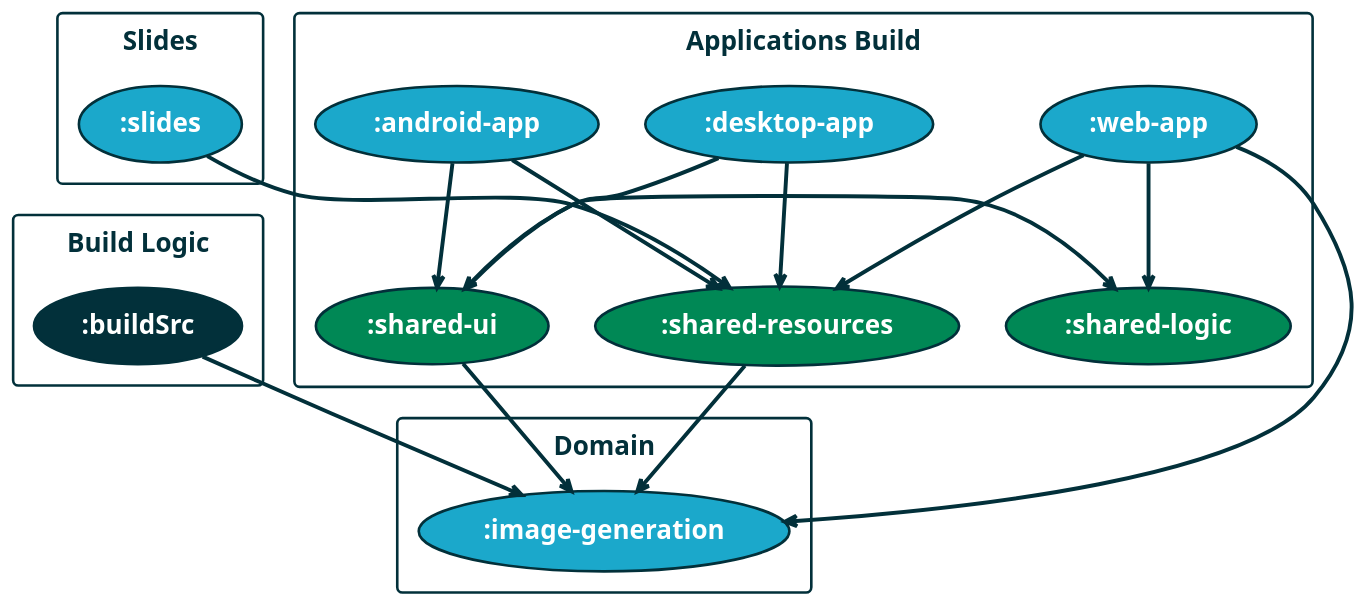
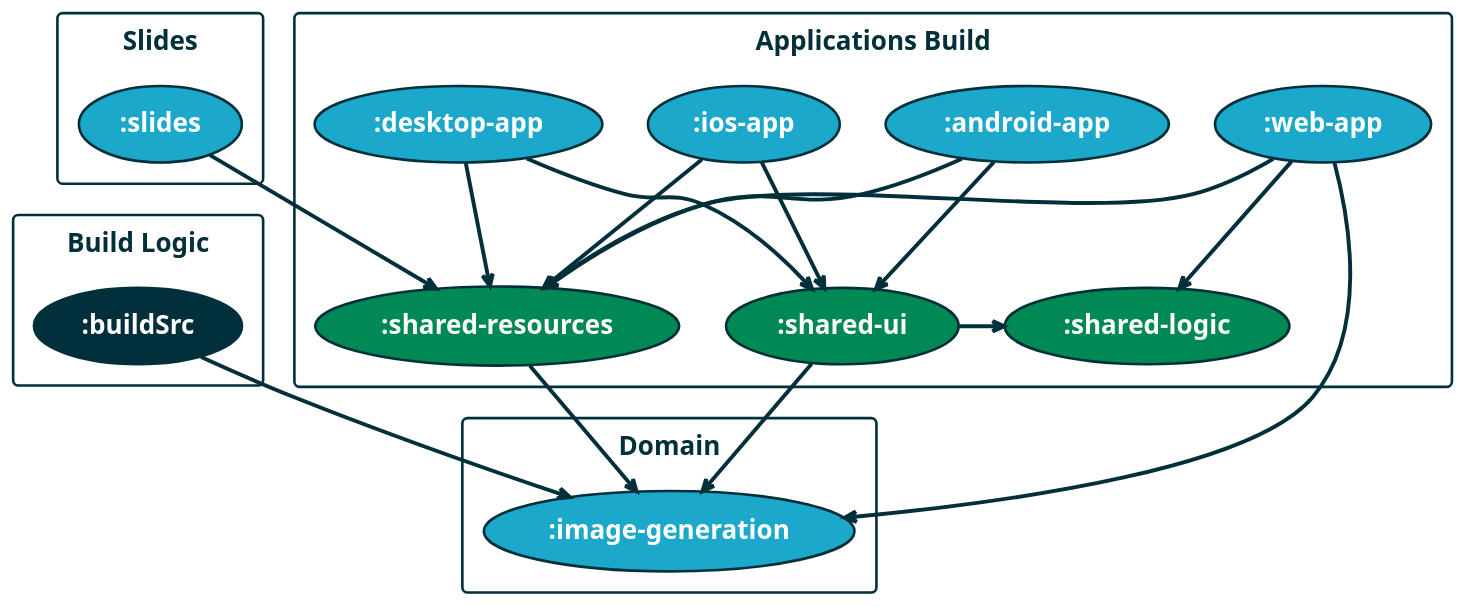
Before and after one commit to gradle/imaginate: the diagram in slides/src/docs/asciidoc/fragments/_diagram_build-logic-graph.adoc, drawn with PlantUML. The commit also changed 3 other files, not shown here.

Commit message:
Add :ios-app to slides

```diff
--- a/slides/src/docs/asciidoc/fragments/_diagram_build-logic-graph.adoc
+++ b/slides/src/docs/asciidoc/fragments/_diagram_build-logic-graph.adoc
@@ -1,57 +1,61 @@
 [plantuml]
 ....
 @startuml
 !theme spacelab
 skinparam shadowing false
 skinparam defaultFontSize 20
 skinparam defaultFontName Helvetica
 skinparam defaultFontColor white
 skinparam usecase {
   BackgroundColor 1ba8cb
   BorderColor 02303a
   ArrowColor 02303a
 }
 skinparam rectangleFontColor 02303a
 skinparam rectangle {
   BackgroundColor ffffff
   BorderColor 02303a
 }
 top to bottom direction
 rectangle Domain {
     "**:image-generation**" as (imageGeneration)
 }
 rectangle "Build Logic" {
     "**:buildSrc**" as (buildLogic) #02303a
 }
 rectangle "Applications Build" {
 "**:shared-resources**" as (sharedResources) #008855
 "**:shared-logic**" as (sharedLogic) #008855
 "**:shared-ui**" as (sharedUi) #008855
-    "**:web-app**" as (webApp)
     "**:desktop-app**" as (desktopApp)
     "**:android-app**" as (androidApp)
+    "**:ios-app**" as (iosApp)
+    "**:web-app**" as (webApp)
 }
 rectangle Slides {
     "**:slides**" as (slides)
 }
 
+desktopApp --> sharedResources
+desktopApp --> sharedUi
+
 androidApp --> sharedResources
 androidApp --> sharedUi
 
-desktopApp --> sharedResources
-desktopApp --> sharedUi
+iosApp --> sharedResources
+iosApp --> sharedUi
 
 webApp --> sharedLogic
 webApp --> sharedResources
 webApp --> imageGeneration
 
 slides --> sharedResources
 
 buildLogic --> imageGeneration
 sharedResources --> imageGeneration
 sharedUi -> sharedLogic
 sharedUi -> imageGeneration
 
 
 @enduml
 ....
```
